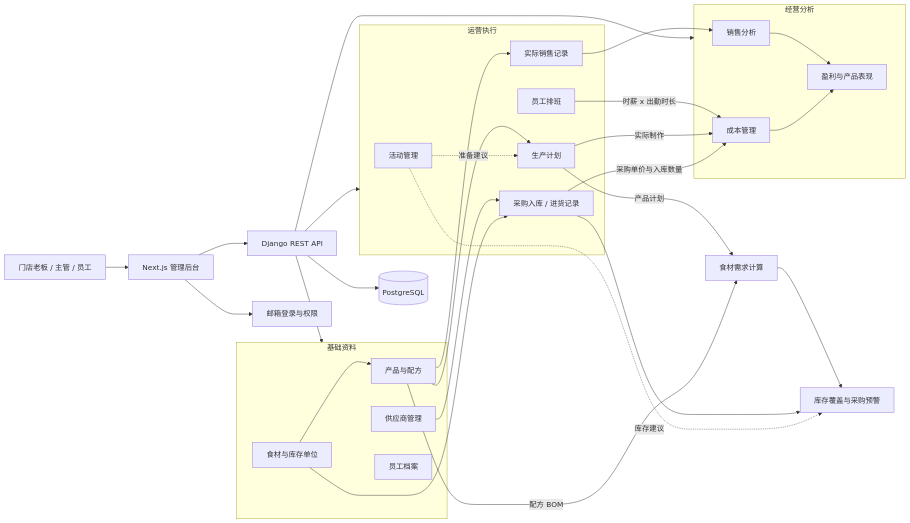
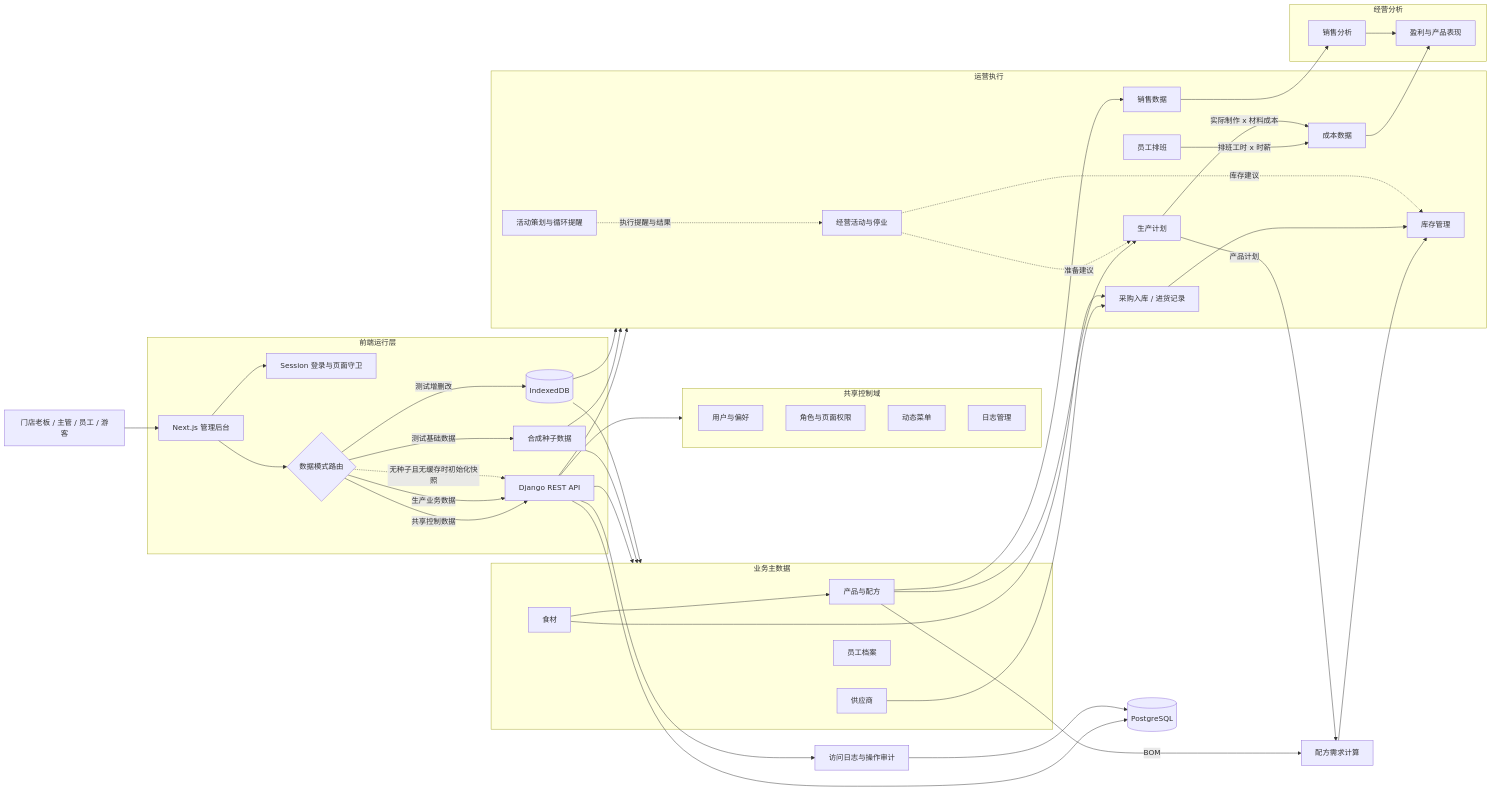
One commit to WebShell-Hello/BakeOps changed the diagram in docs/diagrams/bakeops-functional-architecture.mmd. Above: the diagram before and after it, drawn with Mermaid. The commit also changed 43 other files, not shown here.

```diff
--- a/docs/diagrams/bakeops-functional-architecture.mmd
+++ b/docs/diagrams/bakeops-functional-architecture.mmd
@@ -1,45 +1,72 @@
 flowchart LR
-    U[门店老板 / 主管 / 员工] --> FE[Next.js 管理后台]
-    FE --> AUTH[邮箱登录与权限]
-    FE --> API[Django REST API]
+    U[门店老板 / 主管 / 员工 / 游客] --> FE[Next.js 管理后台]
+
+    subgraph Frontend[前端运行层]
+      FE --> AUTH[Session 登录与页面守卫]
+      FE --> MODE{数据模式路由}
+      MODE -->|共享控制数据| API[Django REST API]
+      MODE -->|生产业务数据| API
+      MODE -->|测试基础数据| SEED[合成种子数据]
+      MODE -->|测试增删改| IDB[(IndexedDB)]
+      MODE -.->|无种子且无缓存时初始化快照| API
+    end
+
     API --> DB[(PostgreSQL)]
+    API --> AUDIT[访问日志与操作审计]
+    AUDIT --> DB
 
-    subgraph Master[基础资料]
+    subgraph Control[共享控制域]
+      USERS[用户与偏好]
+      RBAC[角色与页面权限]
+      NAV[动态菜单]
+      LOGS[日志管理]
+    end
+
+    subgraph Master[业务主数据]
       P[产品与配方]
-      I[食材与库存单位]
-      S[供应商管理]
+      I[食材]
+      S[供应商]
       E[员工档案]
     end
+
     subgraph Operations[运营执行]
       PL[生产计划]
+      INV[库存管理]
       R[采购入库 / 进货记录]
       SH[员工排班]
-      EV[活动管理]
-      SO[实际销售记录]
+      EV[经营活动与停业]
+      AP[活动策划与循环提醒]
+      SO[销售数据]
+      COST[成本数据]
     end
+
     subgraph Analysis[经营分析]
       SA[销售分析]
-      CM[成本管理]
       PA[盈利与产品表现]
     end
 
+    API --> Control
     API --> Master
     API --> Operations
-    API --> Analysis
+    SEED --> Master
+    SEED --> Operations
+    IDB --> Master
+    IDB --> Operations
+
     P --> PL
     P --> SO
     S --> R
     I --> P
     I --> R
-    PL -->|产品计划| DEMAND[食材需求计算]
-    P -->|配方 BOM| DEMAND
-    DEMAND --> INV[库存覆盖与采购预警]
+    PL -->|产品计划| DEMAND[配方需求计算]
+    P -->|BOM| DEMAND
+    DEMAND --> INV
     R --> INV
-    SH -->|时薪 x 出勤时长| CM
+    SH -->|排班工时 x 时薪| COST
     SO --> SA
-    PL -->|实际制作| CM
-    R -->|采购单价与入库数量| CM
+    PL -->|实际制作 x 材料成本| COST
     SA --> PA
-    CM --> PA
+    COST --> PA
     EV -.->|准备建议| PL
     EV -.->|库存建议| INV
+    AP -.->|执行提醒与结果| EV
```
